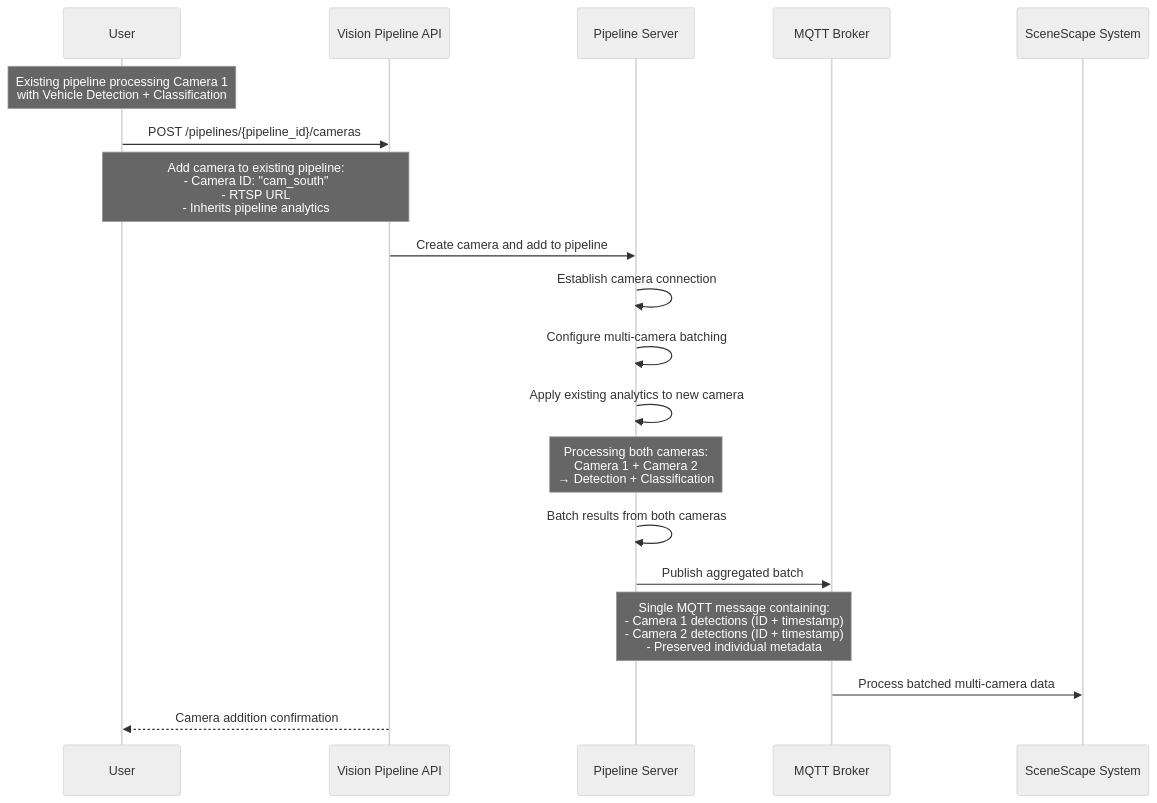
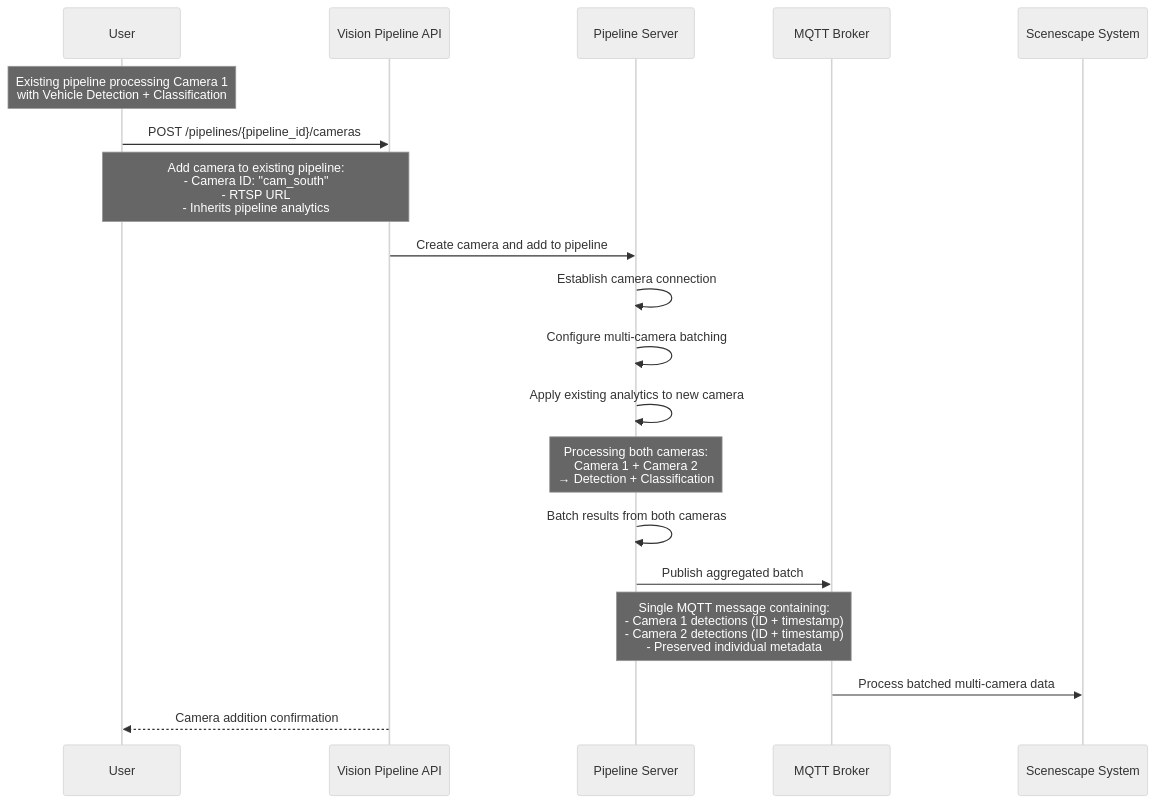
Before and after one commit to open-edge-platform/scenescape: the tenth of 11 diagrams in docs/design/vision-pipeline-overview.md, drawn with Mermaid (neutral theme). The commit also changed other lines of this file and 221 other files, not shown here.

````diff
--- a/docs/design/vision-pipeline-overview.md
+++ b/docs/design/vision-pipeline-overview.md
@@ -663,26 +663,26 @@
 ```mermaid
 sequenceDiagram
     participant User
     participant API as Vision Pipeline API
     participant Server as Pipeline Server
     participant MQTT as MQTT Broker
-    participant SceneScape as SceneScape System
+    participant Scenescape as Scenescape System
 
     Note over User: Existing pipeline processing Camera 1<br/>with Vehicle Detection + Classification
 
     User->>API: POST /pipelines/{pipeline_id}/cameras
     Note over User,API: Add camera to existing pipeline:<br/>- Camera ID: "cam_south"<br/>- RTSP URL<br/>- Inherits pipeline analytics
     API->>Server: Create camera and add to pipeline
     Server->>Server: Establish camera connection
     Server->>Server: Configure multi-camera batching
     Server->>Server: Apply existing analytics to new camera
 
     Note over Server: Processing both cameras:<br/>Camera 1 + Camera 2<br/>→ Detection + Classification
 
     Server->>Server: Batch results from both cameras
     Server->>MQTT: Publish aggregated batch
     Note over Server,MQTT: Single MQTT message containing:<br/>- Camera 1 detections (ID + timestamp)<br/>- Camera 2 detections (ID + timestamp)<br/>- Preserved individual metadata
 
-    MQTT->>SceneScape: Process batched multi-camera data
+    MQTT->>Scenescape: Process batched multi-camera data
     API-->>User: Camera addition confirmation
 ```
````
